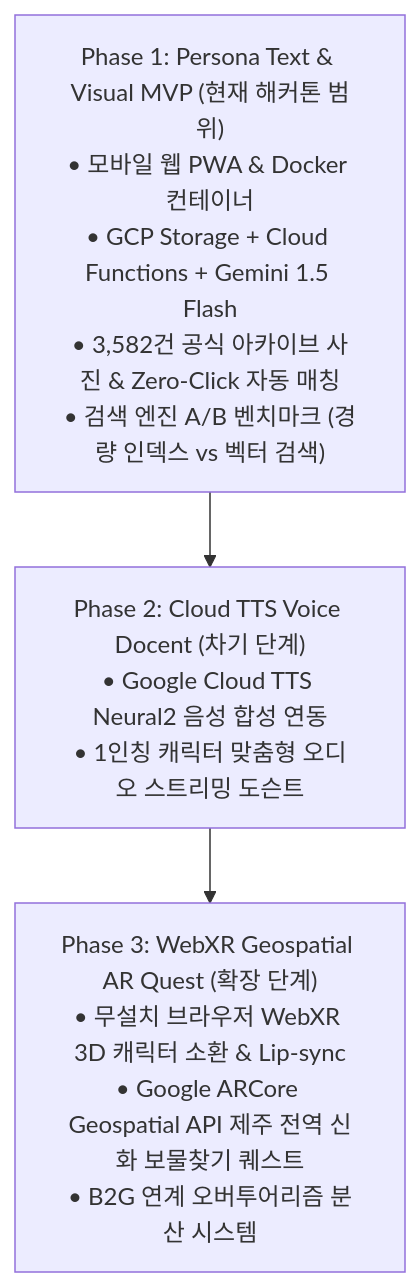
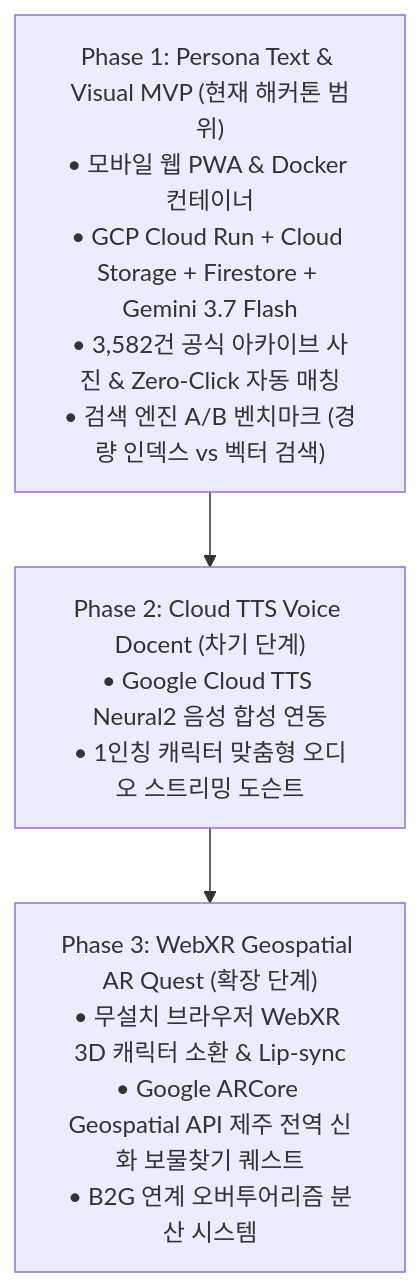
One commit to Gukui0516/Docent-in-hand changed the fourth of 4 diagrams in 헤커톤_기획서.md. Above: the diagram before and after it, drawn with Mermaid. The commit also changed other lines of this file and 4 other files, not shown here.

First line of the commit message:
docs: 문서를 현재 코드 구조에 맞춰 정정 (단일 요약 에이전트 · gemini-3.7-flash)

````diff
--- a/헤커톤_기획서.md
+++ b/헤커톤_기획서.md
@@ -161,8 +168,8 @@
 ```mermaid
 flowchart TD
-    P1["Phase 1: Persona Text & Visual MVP (현재 해커톤 범위)<br/>• 모바일 웹 PWA & Docker 컨테이너<br/>• GCP Storage + Cloud Functions + Gemini 1.5 Flash<br/>• 3,582건 공식 아카이브 사진 & Zero-Click 자동 매칭<br/>• 검색 엔진 A/B 벤치마크 (경량 인덱스 vs 벡터 검색)"]
+    P1["Phase 1: Persona Text & Visual MVP (현재 해커톤 범위)<br/>• 모바일 웹 PWA & Docker 컨테이너<br/>• GCP Cloud Run + Cloud Storage + Firestore + Gemini 3.7 Flash<br/>• 3,582건 공식 아카이브 사진 & Zero-Click 자동 매칭<br/>• 검색 엔진 A/B 벤치마크 (경량 인덱스 vs 벡터 검색)"]
     P2["Phase 2: Cloud TTS Voice Docent (차기 단계)<br/>• Google Cloud TTS Neural2 음성 합성 연동<br/>• 1인칭 캐릭터 맞춤형 오디오 스트리밍 도슨트"]
     P3["Phase 3: WebXR Geospatial AR Quest (확장 단계)<br/>• 무설치 브라우저 WebXR 3D 캐릭터 소환 & Lip-sync<br/>• Google ARCore Geospatial API 제주 전역 신화 보물찾기 퀘스트<br/>• B2G 연계 오버투어리즘 분산 시스템"]
     
     P1 --> P2 --> P3
 ```
````
